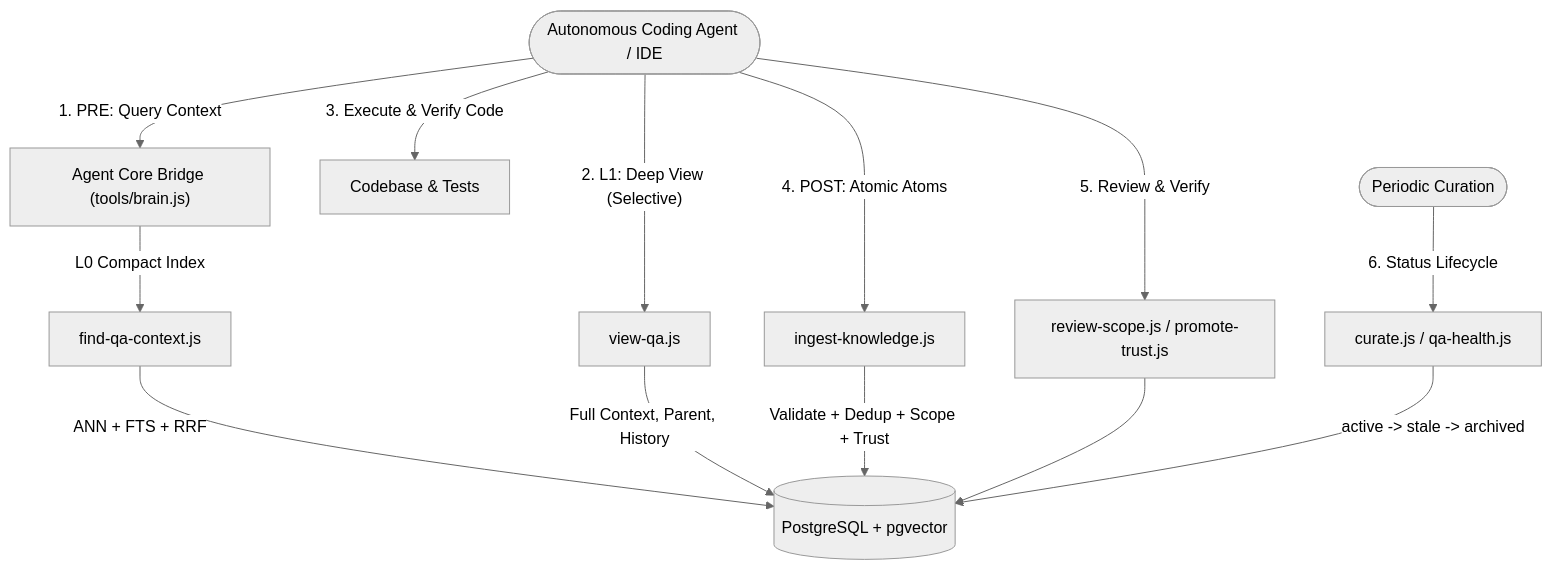
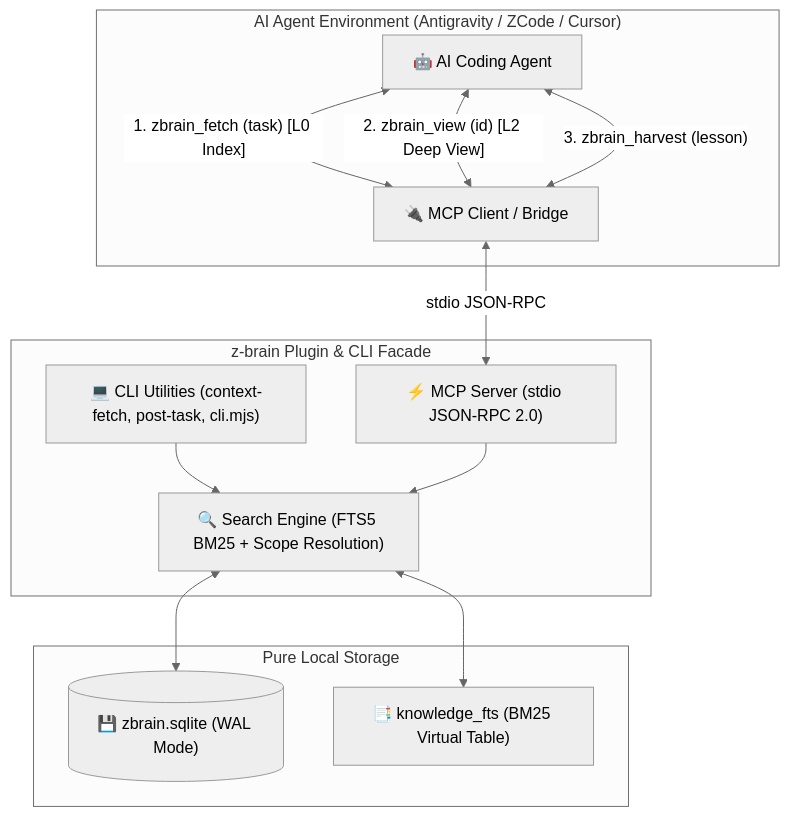
Before and after one commit to kzxl/z-brain: the diagram in README.md, drawn with Mermaid (neutral theme). The commit also changed other lines of this file and 1 other file, not shown here.

Commit message:
docs: rebrand repository to z-brain with comprehensive architecture, MCP reference, and local SQLite docs

````diff
--- a/README.md
+++ b/README.md
@@ -13,20 +29,29 @@
 ```mermaid
-graph TD
-    Agent(["Autonomous Coding Agent / IDE"]) -->|"1. PRE: Query Context"| CoreBridge["Agent Core Bridge (tools/brain.js)"]
-    CoreBridge -->|"L0 Compact Index"| FindQA["find-qa-context.js"]
-    FindQA -->|"ANN + FTS + RRF"| DB[("PostgreSQL + pgvector")]
+flowchart TD
+    subgraph IDE ["AI Agent Environment (Antigravity / ZCode / Cursor)"]
+        Agent["🤖 AI Coding Agent"]
+        MCPClient["🔌 MCP Client / Bridge"]
+    end
 
-    Agent -->|"2. L1: Deep View (Selective)"| ViewQA["view-qa.js"]
-    ViewQA -->|"Full Context, Parent, History"| DB
+    subgraph Plugin ["z-brain Plugin & CLI Facade"]
+        MCPServer["⚡ MCP Server (stdio JSON-RPC 2.0)"]
+        CLI["💻 CLI Utilities (context-fetch, post-task, cli.mjs)"]
+        FTS5Engine["🔍 Search Engine (FTS5 BM25 + Scope Resolution)"]
+    end
 
-    Agent -->|"3. Execute & Verify Code"| Workspace["Codebase & Tests"]
+    subgraph Storage ["Pure Local Storage"]
+        DB[("💾 zbrain.sqlite (WAL Mode)")]
+        Index["📑 knowledge_fts (BM25 Virtual Table)"]
+    end
 
-    Agent -->|"4. POST: Atomic Atoms"| Ingest["ingest-knowledge.js"]
-    Ingest -->|"Validate + Dedup + Scope + Trust"| DB
+    Agent <-->|"1. zbrain_fetch (task) [L0 Index]"| MCPClient
+    Agent <-->|"2. zbrain_view (id) [L2 Deep View]"| MCPClient
+    Agent <-->|"3. zbrain_harvest (lesson)"| MCPClient
 
-    Agent -->|"5. Review & Verify"| Review["review-scope.js / promote-trust.js"]
-    Review --> DB
+    MCPClient <-->|"stdio JSON-RPC"| MCPServer
+    CLI --> FTS5Engine
+    MCPServer --> FTS5Engine
 
-    Cron(["Periodic Curation"]) -->|"6. Status Lifecycle"| Curate["curate.js / qa-health.js"]
-    Curate -->|"active -> stale -> archived"| DB
+    FTS5Engine <--> Index
+    FTS5Engine <--> DB
 ```
````
